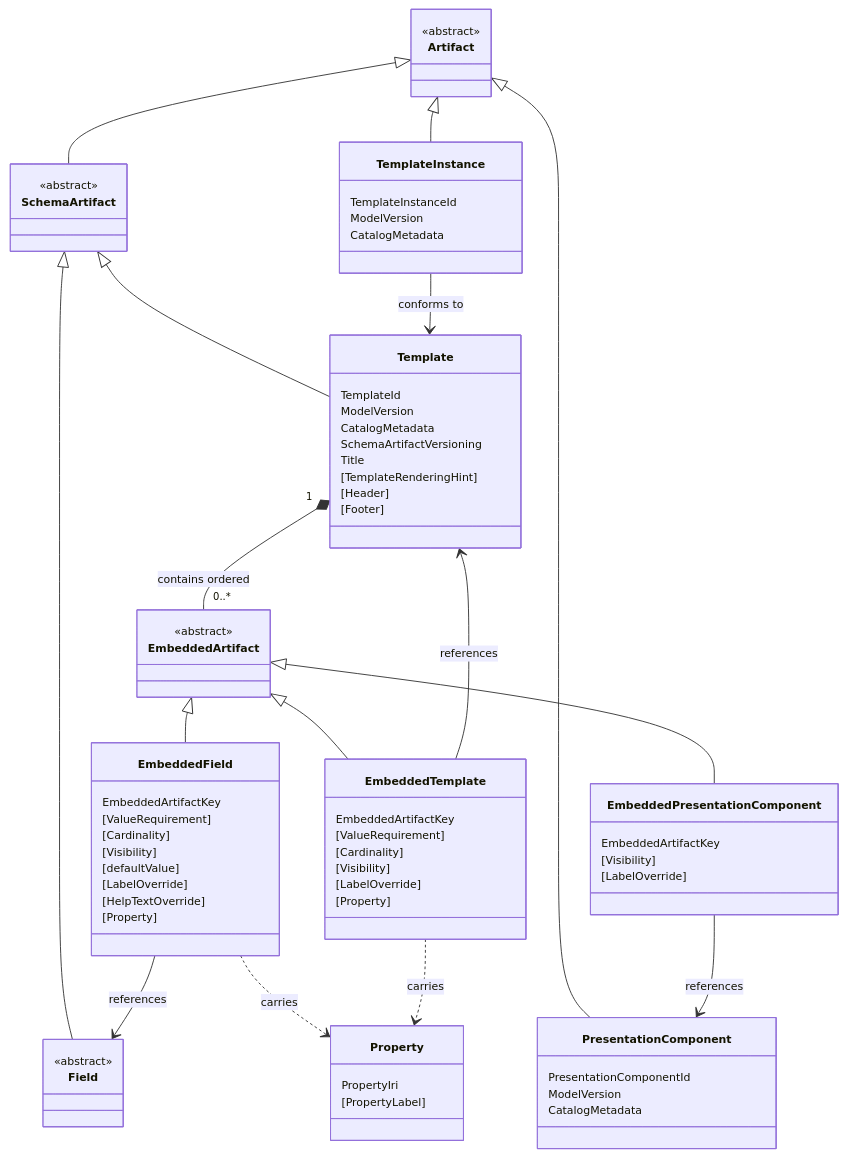
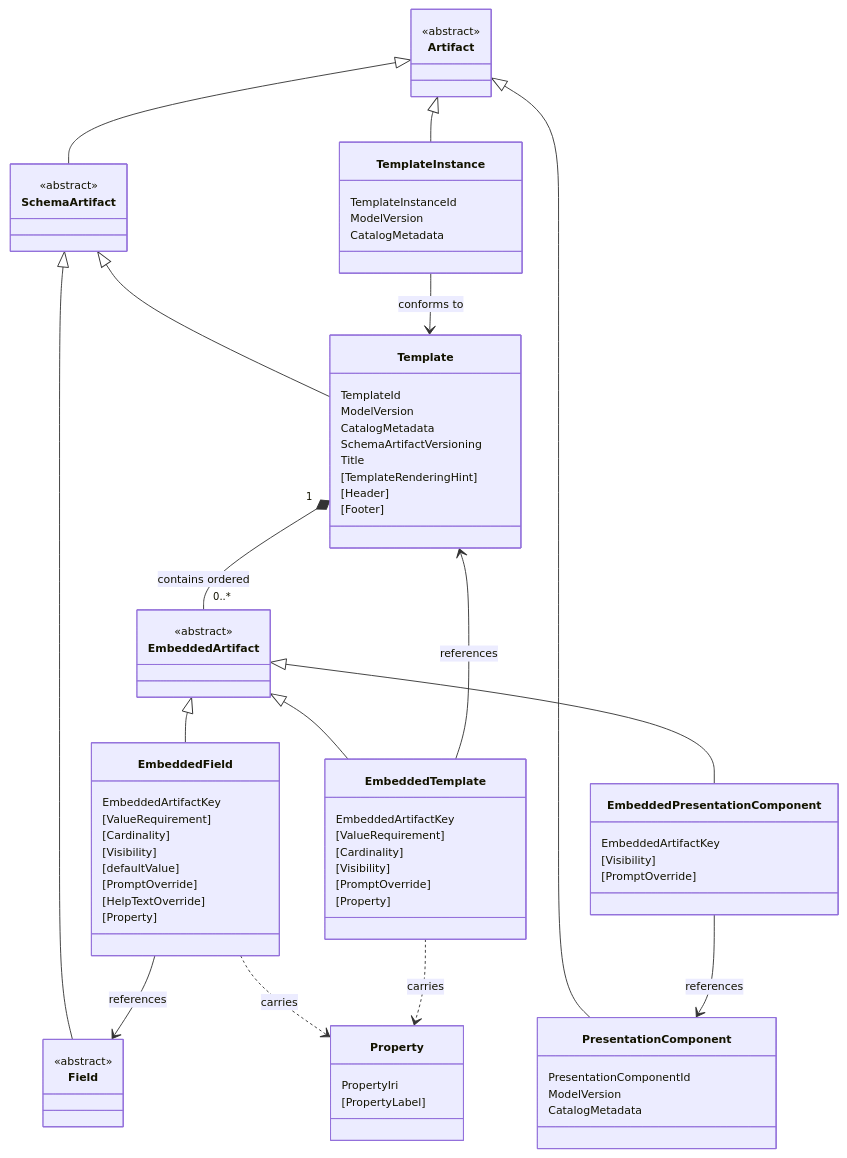
One commit to metadatacenter/cedar-structural-spec changed the diagram in spec/grammar.md. Above: the diagram before and after it, drawn with Mermaid. The commit also changed other lines of this file and 72 other files, not shown here.

```diff
--- a/spec/grammar.md
+++ b/spec/grammar.md
@@ -148,7 +148,7 @@
     [Cardinality]
     [Visibility]
     [defaultValue]
-    [LabelOverride]
+    [PromptOverride]
     [HelpTextOverride]
     [Property]
   }
@@ -157,13 +157,13 @@
     [ValueRequirement]
     [Cardinality]
     [Visibility]
-    [LabelOverride]
+    [PromptOverride]
     [Property]
   }
   class EmbeddedPresentationComponent {
     EmbeddedArtifactKey
     [Visibility]
-    [LabelOverride]
+    [PromptOverride]
   }
   class Property {
     PropertyIri
```
